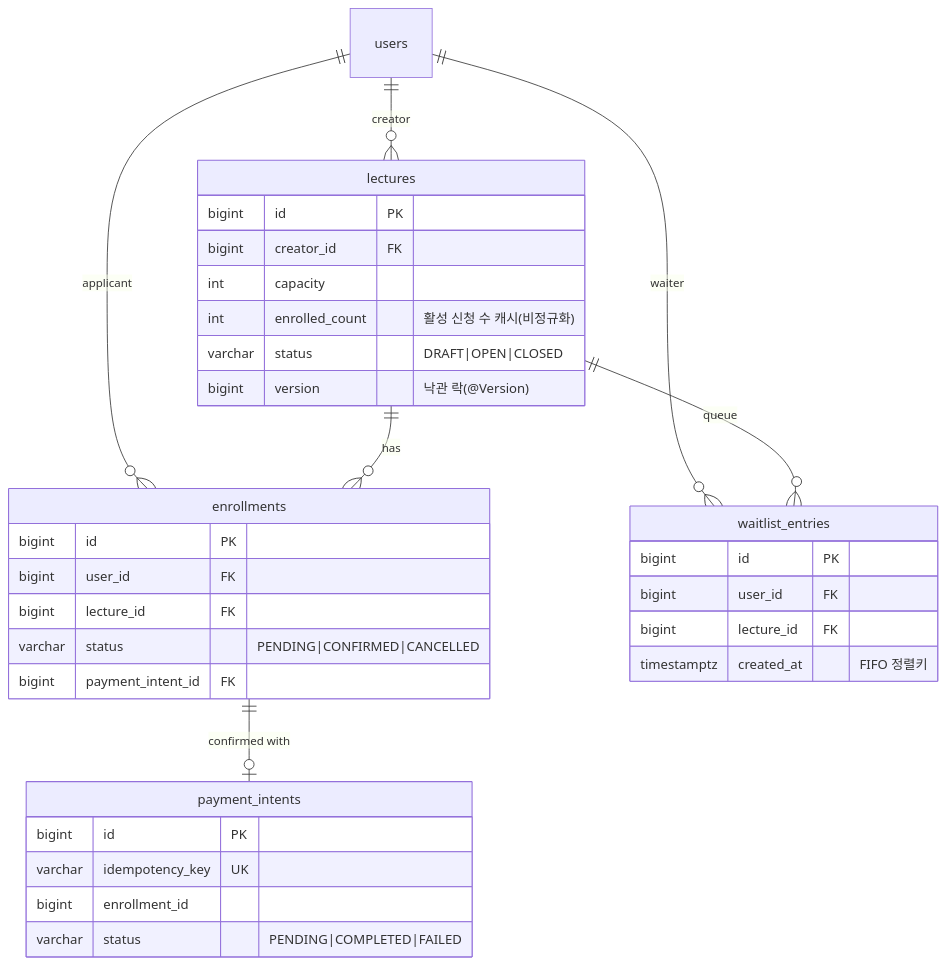
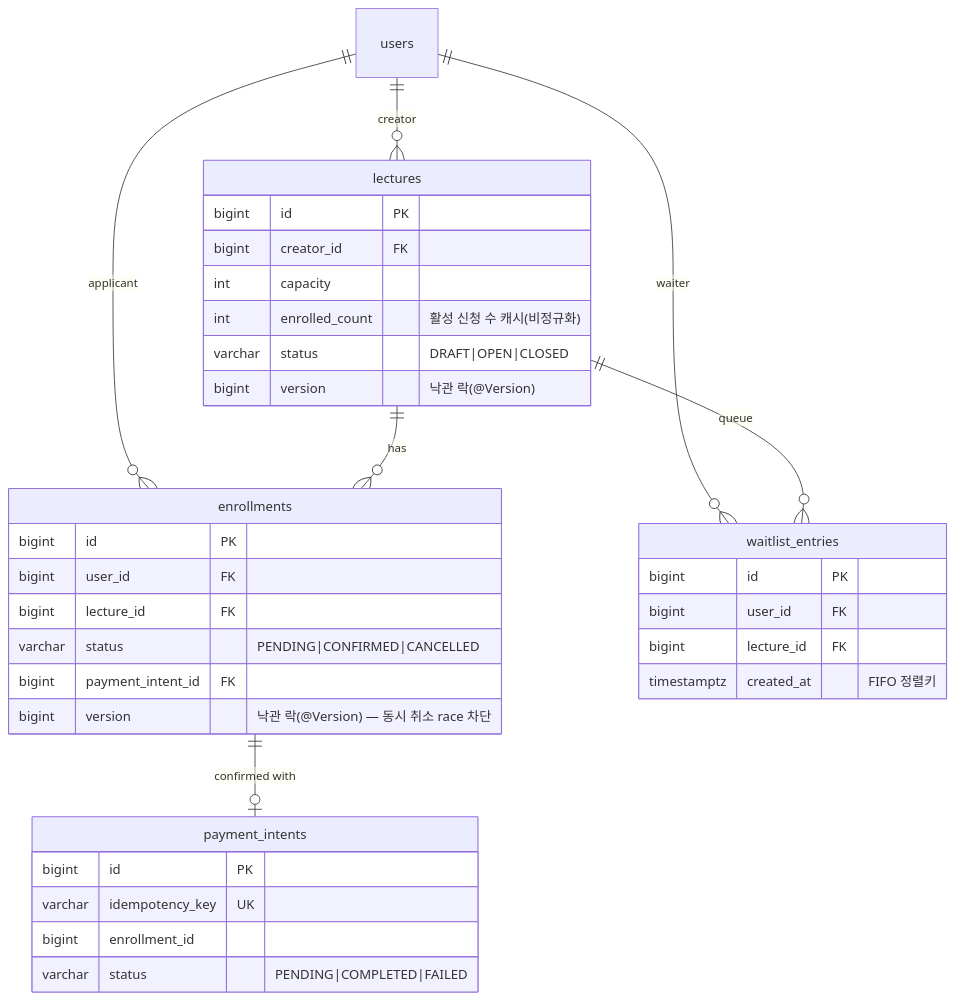
The first of 2 diagrams in README.md (dolmaroyujinpark/be-enrollment-assignment), drawn with Mermaid before and after one commit. The commit also changed other lines of this file and 7 other files, not shown here.

````diff
--- a/README.md
+++ b/README.md
@@ -144,37 +144,38 @@
 ```mermaid
 erDiagram
     users ||--o{ lectures : creator
     users ||--o{ enrollments : applicant
     users ||--o{ waitlist_entries : waiter
     lectures ||--o{ enrollments : has
     lectures ||--o{ waitlist_entries : queue
     enrollments ||--o| payment_intents : "confirmed with"
 
     lectures {
         bigint id PK
         bigint creator_id FK
         int capacity
         int enrolled_count "활성 신청 수 캐시(비정규화)"
         varchar status "DRAFT|OPEN|CLOSED"
         bigint version "낙관 락(@Version)"
     }
     enrollments {
         bigint id PK
         bigint user_id FK
         bigint lecture_id FK
         varchar status "PENDING|CONFIRMED|CANCELLED"
         bigint payment_intent_id FK
+        bigint version "낙관 락(@Version) — 동시 취소 race 차단"
     }
     payment_intents {
         bigint id PK
         varchar idempotency_key UK
         bigint enrollment_id
         varchar status "PENDING|COMPLETED|FAILED"
     }
     waitlist_entries {
         bigint id PK
         bigint user_id FK
         bigint lecture_id FK
         timestamptz created_at "FIFO 정렬키"
     }
 ```
````
